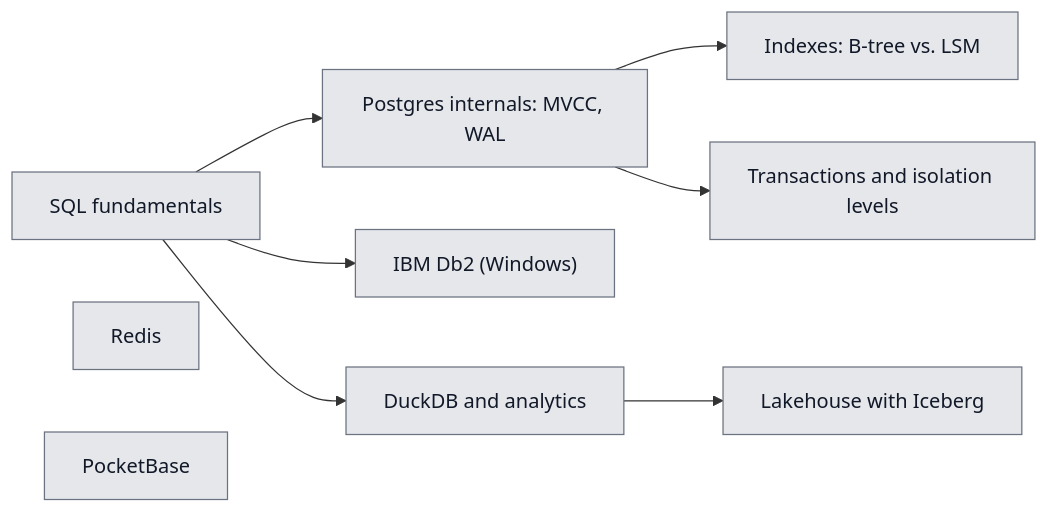
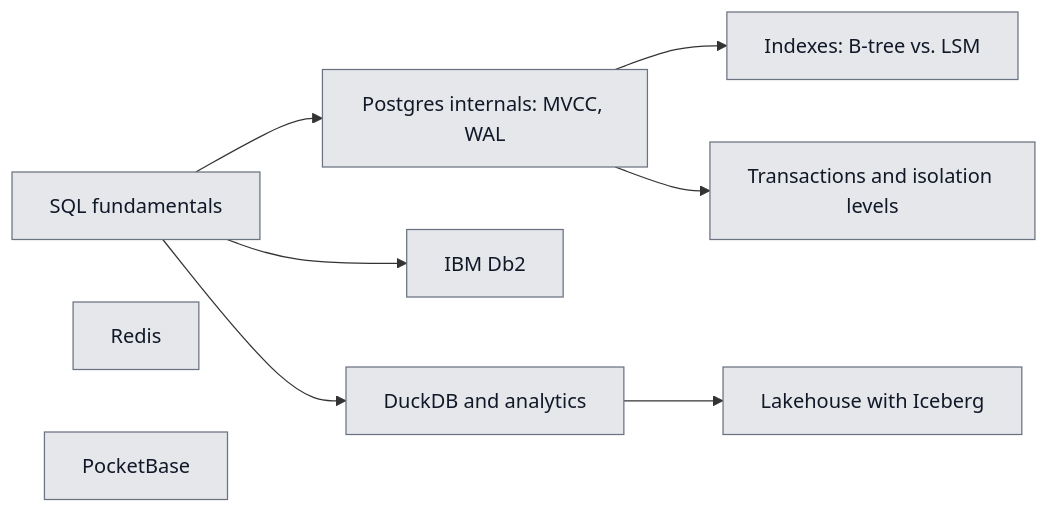
One commit to LasterBergamot/learning-lab-template changed the diagram in labs/data/README.md. Above: the diagram before and after it, drawn with Mermaid. The commit also changed other lines of this file and 29 other files, not shown here.

````diff
--- a/labs/data/README.md
+++ b/labs/data/README.md
@@ -18,24 +18,24 @@
 ```mermaid
 flowchart LR
   SQL["SQL fundamentals"]
   PGI["Postgres internals: MVCC, WAL"]
   IDX["Indexes: B-tree vs. LSM"]
   ISO["Transactions and isolation levels"]
-  DB2["IBM Db2 (Windows)"]
+  DB2["IBM Db2"]
   DUCK["DuckDB and analytics"]
   ICE["Lakehouse with Iceberg"]
   RED["Redis"]
   PB["PocketBase"]
   SQL --> PGI
   PGI --> IDX
   PGI --> ISO
   SQL --> DB2
   SQL --> DUCK
   DUCK --> ICE
 
   classDef todo fill:#e5e7eb,color:#111827,stroke:#6b7280
   classDef learning fill:#fde68a,color:#111827,stroke:#b45309
   classDef building fill:#bfdbfe,color:#111827,stroke:#1d4ed8
   classDef done fill:#bbf7d0,color:#111827,stroke:#15803d
   class SQL,PGI,IDX,ISO,DB2,DUCK,ICE,RED,PB todo
 ```
````
